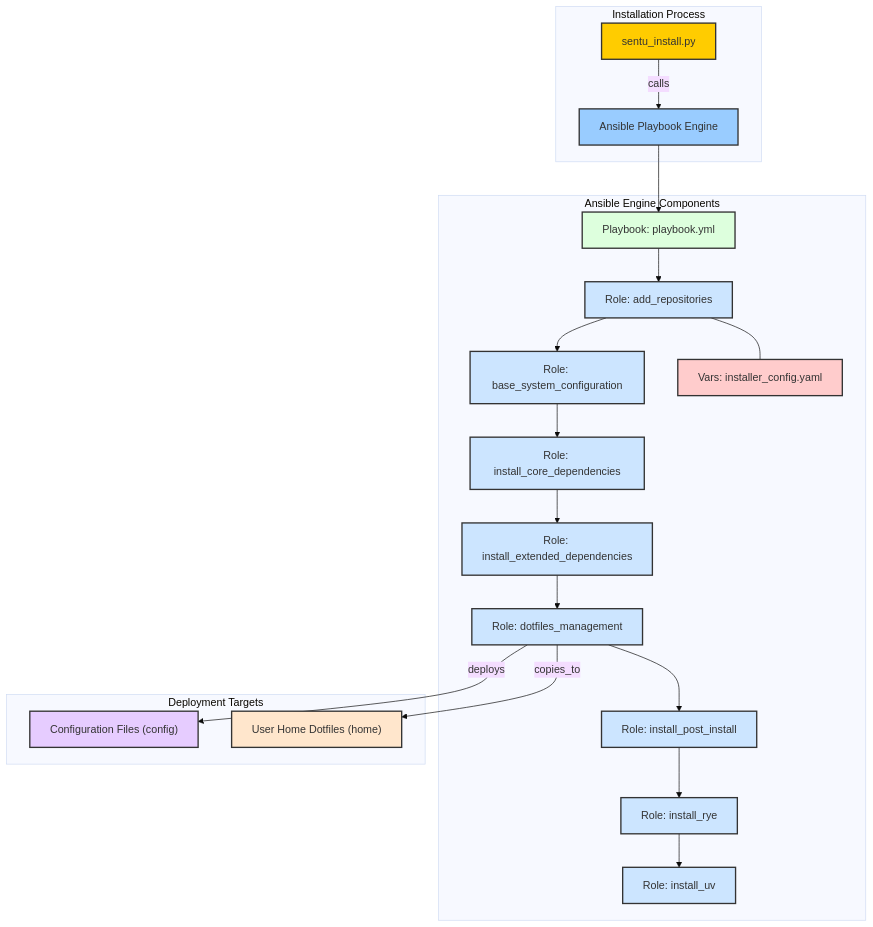
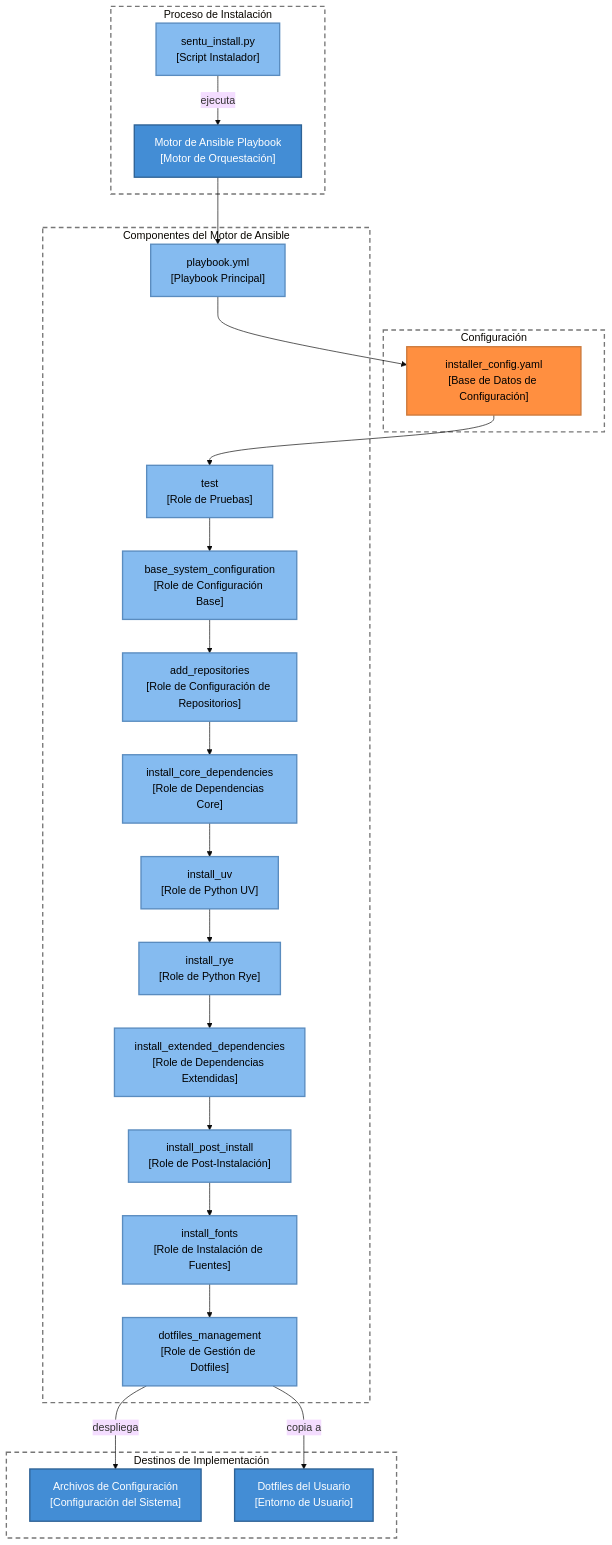
One commit to SENTUstudio/dotfiles changed the diagram in README.md. Above: the diagram before and after it, drawn with Mermaid (base theme).

Commit message:
docs: actualizado diagrama de flujo del proyecto

````diff
--- a/README.md
+++ b/README.md
@@ -90,61 +90,82 @@
 ```mermaid
 flowchart TD
-    subgraph "Installation Process"
-        A["sentu_install.py"]:::installer
-        A -->|"calls"| B["Ansible Playbook Engine"]:::ansible
+    %% Define styles for C4-like appearance
+    classDef person fill:#08427B,color:#fff,stroke:#052E56,stroke-width:2px
+    classDef externalSystem fill:#999999,stroke:#666666,stroke-width:2px
+    classDef container fill:#438DD5,color:#fff,stroke:#2E6295,stroke-width:2px
+    classDef component fill:#85BBF0,color:#000,stroke:#5A8CBF,stroke-width:2px
+    classDef database fill:#FF8F40,color:#000,stroke:#CC7A3C,stroke-width:2px
+    classDef boundary fill:none,stroke:#444,stroke-width:2px,stroke-dasharray:5 5
+
+    %% Installation Process with C4 styling
+    subgraph boundary_install ["Proceso de Instalación"]
+        A["sentu_install.py\n[Script Instalador]"]:::component
+        A -->|"ejecuta"| B["Motor de Ansible Playbook\n[Motor de Orquestación]"]:::container
     end
 
-    subgraph "Ansible Engine Components"
-        B1["Playbook: playbook.yml"]:::playbook
-        B2["Role: add_repositories"]:::role
-        B3["Role: base_system_configuration"]:::role
-        B4["Role: install_core_dependencies"]:::role
-        B5["Role: install_extended_dependencies"]:::role
-        B6["Role: dotfiles_management"]:::role
-        B7["Role: install_post_install"]:::role
-        B8["Role: install_rye"]:::role
-        B9["Role: install_uv"]:::role
-        B10["Vars: installer_config.yaml"]:::vars
+    %% Configuration File with C4 styling
+    subgraph boundary_config ["Configuración"]
+        B10["installer_config.yaml\n[Base de Datos de Configuración]"]:::database
     end
 
+    %% Ansible Components with C4 styling
+    subgraph boundary_ansible ["Componentes del Motor de Ansible"]
+        B1["playbook.yml\n[Playbook Principal]"]:::component
+        B2["test\n[Role de Pruebas]"]:::component
+        B3["base_system_configuration\n[Role de Configuración Base]"]:::component
+        B4["add_repositories\n[Role de Configuración de Repositorios]"]:::component
+        B5["install_core_dependencies\n[Role de Dependencias Core]"]:::component
+        B6["install_uv\n[Role de Python UV]"]:::component
+        B7["install_rye\n[Role de Python Rye]"]:::component
+        B8["install_extended_dependencies\n[Role de Dependencias Extendidas]"]:::component
+        B9["install_post_install\n[Role de Post-Instalación]"]:::component
+        B11["install_fonts\n[Role de Instalación de Fuentes]"]:::component
+        B12["dotfiles_management\n[Role de Gestión de Dotfiles]"]:::component
+    end
+
+    %% Deployment Targets with C4 styling
+    subgraph boundary_deploy ["Destinos de Implementación"]
+        C["Archivos de Configuración\n[Configuración del Sistema]"]:::container
+        D["Dotfiles del Usuario\n[Entorno de Usuario]"]:::container
+    end
+
+    %% Update the flow based on the new playbook order
     B --> B1
-    B1 --> B2
+    B1 --> B10
+    B10 --> B2
     B2 --> B3
     B3 --> B4
     B4 --> B5
     B5 --> B6
     B6 --> B7
     B7 --> B8
     B8 --> B9
-    B2 --- B10
+    B9 --> B11
+    B11 --> B12
 
-    subgraph "Deployment Targets"
-        C["Configuration Files (config)"]:::config
-        D["User Home Dotfiles (home)"]:::home
-    end
+    B12 -->|"despliega"| C
+    B12 -->|"copia a"| D
 
-    B6 -->|"deploys"| C
-    B6 -->|"copies_to"| D
+    %% Set boundary style
+    style boundary_install fill:none,stroke:#777,stroke-width:2px,stroke-dasharray:7 5
+    style boundary_config fill:none,stroke:#777,stroke-width:2px,stroke-dasharray:7 5
+    style boundary_ansible fill:none,stroke:#777,stroke-width:2px,stroke-dasharray:7 5
+    style boundary_deploy fill:none,stroke:#777,stroke-width:2px,stroke-dasharray:7 5
 
+    %% Hyperlinks
     click A "https://github.com/sentustudio/dotfiles/blob/main/sentu_install.py"
     click B1 "https://github.com/sentustudio/dotfiles/blob/main/ansible/playbook.yml"
-    click B2 "https://github.com/sentustudio/dotfiles/tree/main/ansible/roles/add_repositories"
+    click B2 "https://github.com/sentustudio/dotfiles/tree/main/ansible/roles/test"
     click B3 "https://github.com/sentustudio/dotfiles/tree/main/ansible/roles/base_system_configuration"
-    click B4 "https://github.com/sentustudio/dotfiles/tree/main/ansible/roles/install_core_dependencies"
-    click B5 "https://github.com/sentustudio/dotfiles/tree/main/ansible/roles/install_extended_dependencies"
-    click B6 "https://github.com/sentustudio/dotfiles/tree/main/ansible/roles/dotfiles_management"
-    click B7 "https://github.com/sentustudio/dotfiles/tree/main/ansible/roles/install_post_install"
-    click B8 "https://github.com/sentustudio/dotfiles/tree/main/ansible/roles/install_rye"
-    click B9 "https://github.com/sentustudio/dotfiles/tree/main/ansible/roles/install_uv"
+    click B4 "https://github.com/sentustudio/dotfiles/tree/main/ansible/roles/add_repositories"
+    click B5 "https://github.com/sentustudio/dotfiles/tree/main/ansible/roles/install_core_dependencies"
+    click B6 "https://github.com/sentustudio/dotfiles/tree/main/ansible/roles/install_uv"
+    click B7 "https://github.com/sentustudio/dotfiles/tree/main/ansible/roles/install_rye"
+    click B8 "https://github.com/sentustudio/dotfiles/tree/main/ansible/roles/install_extended_dependencies"
+    click B9 "https://github.com/sentustudio/dotfiles/tree/main/ansible/roles/install_post_install"
     click B10 "https://github.com/sentustudio/dotfiles/blob/main/ansible/vars/installer_config.yaml"
+    click B11 "https://github.com/sentustudio/dotfiles/tree/main/ansible/roles/install_fonts"
+    click B12 "https://github.com/sentustudio/dotfiles/tree/main/ansible/roles/dotfiles_management"
     click C "https://github.com/sentustudio/dotfiles/tree/main/config"
     click D "https://github.com/sentustudio/dotfiles/tree/main/home"
-
-    classDef installer fill:#ffcc00,stroke:#333,stroke-width:2px;
-    classDef ansible fill:#99ccff,stroke:#333,stroke-width:2px;
-    classDef playbook fill:#ddffdd,stroke:#333,stroke-width:2px;
-    classDef role fill:#cce5ff,stroke:#333,stroke-width:2px;
-    classDef vars fill:#ffcccc,stroke:#333,stroke-width:2px;
-    classDef config fill:#e6ccff,stroke:#333,stroke-width:2px;
-    classDef home fill:#ffe6cc,stroke:#333,stroke-width:2px;
 ```
````
